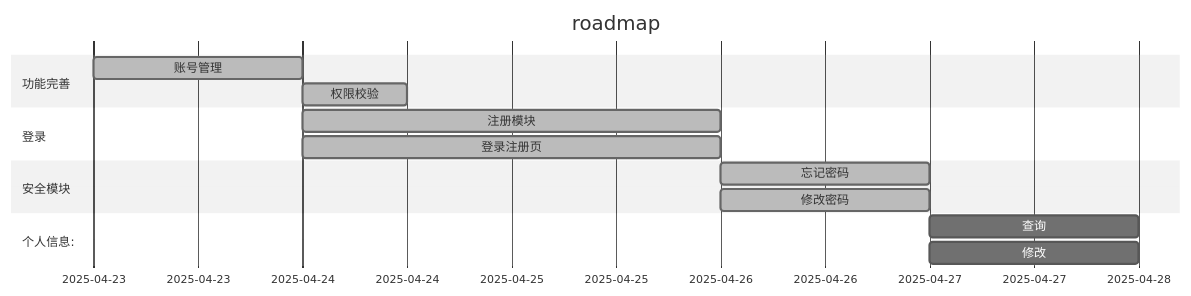
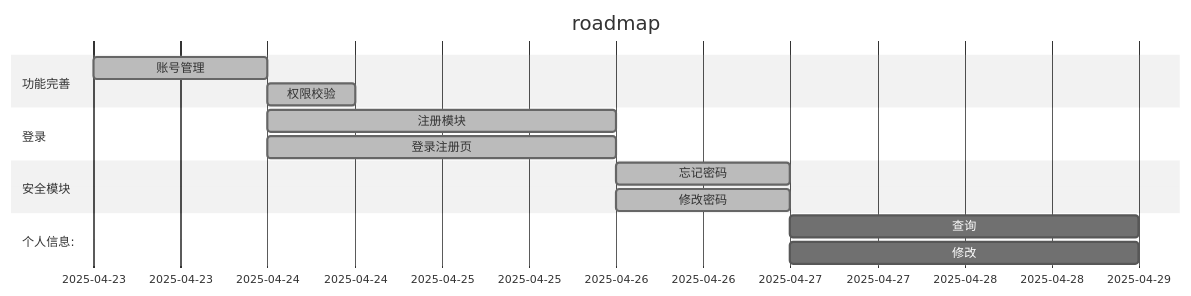
Before and after one commit to TeamVastsea/vastsea-sso-frontend: the diagram in README.md, drawn with Mermaid (neutral theme).

Commit message:
doc: update roadmap

````diff
--- a/README.md
+++ b/README.md
@@ -43,17 +43,17 @@
 ```mermaid
 gantt
     title roadmap
     dateFormat YYYY-MM-DD
     section 功能完善
       账号管理 : done, base, 2025-04-23, 1d
       权限校验 : done, after base, 12h
     section 登录
       注册模块   : done , a2, 2025-04-24,2025-04-26
       登录注册页 : done ,after a2, 2025-04-24,2025-04-26
     section 安全模块
       忘记密码 : done, secPwdForget,after a2, 1d
       修改密码 : done, secPwdUpdate,after a2, 1d
     section 个人信息:
-      查询 : profileQuery, after secPwdUpdate, 1d
-      修改 : profileUpdate,after secPwdUpdate, 1d
+      查询 : profileQuery, after secPwdUpdate, 2d
+      修改 : profileUpdate,after secPwdUpdate, 2d
 ```
````
